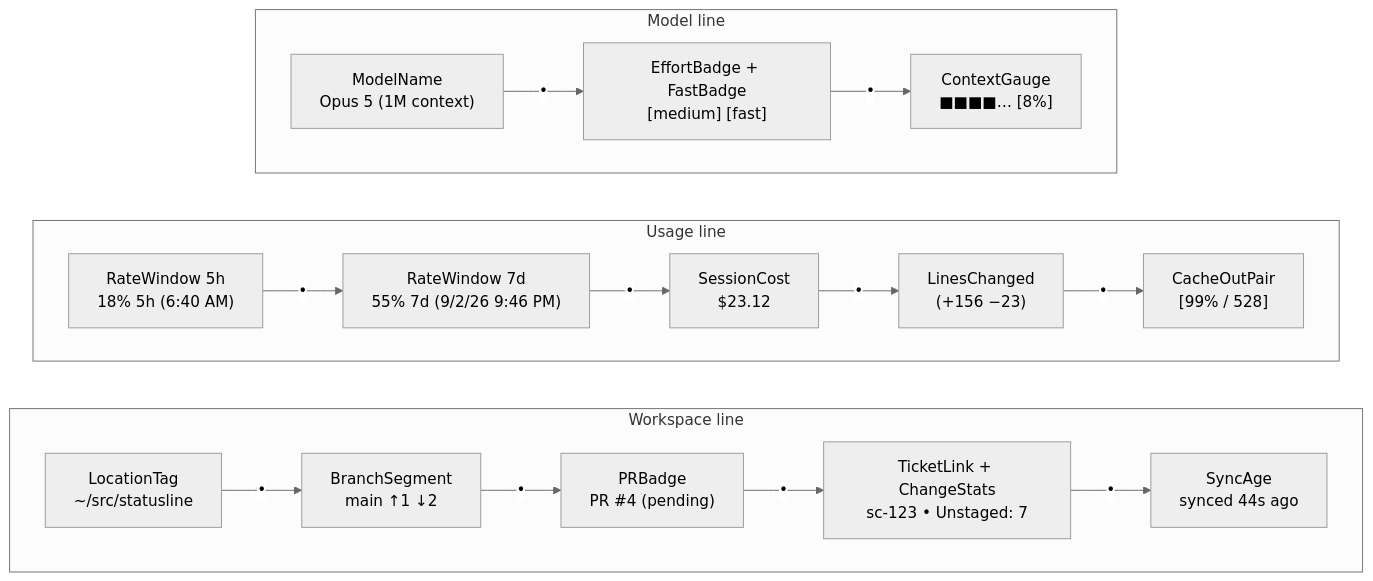
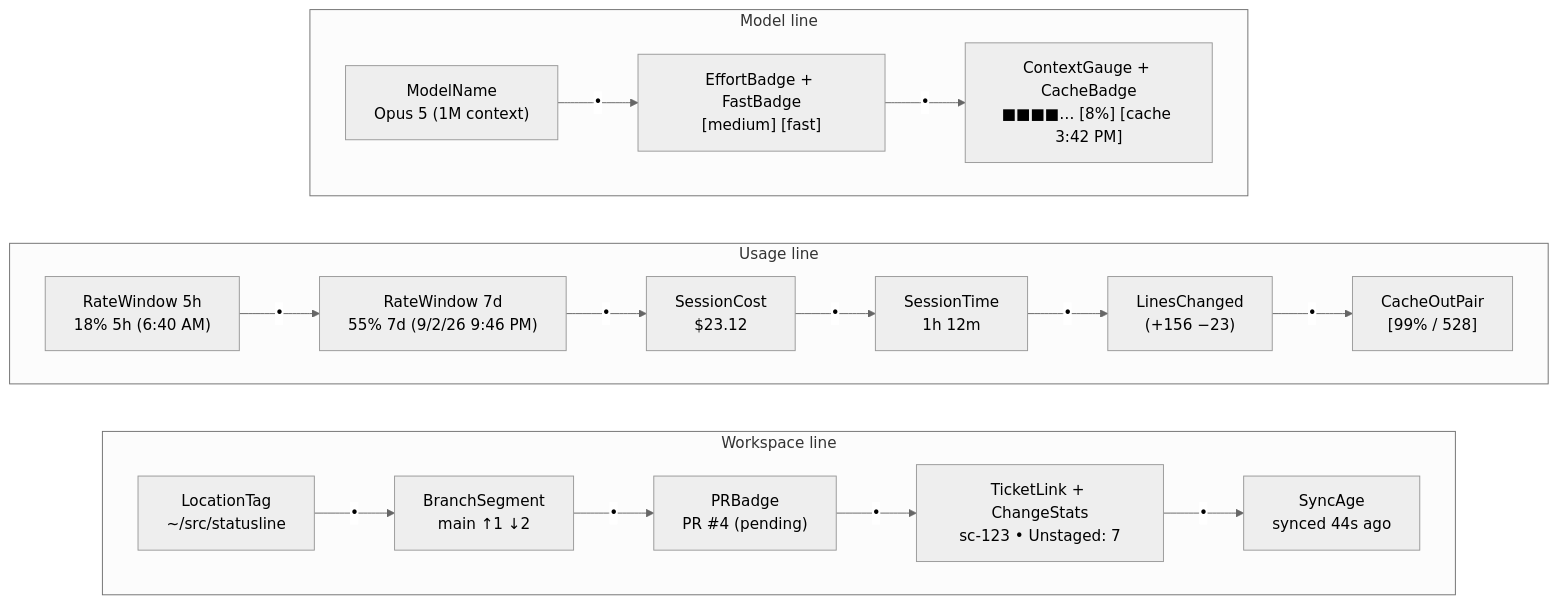
One commit to okize/statusline changed the diagram in README.md. Above: the diagram before and after it, drawn with Mermaid (neutral theme). The commit also changed other lines of this file and 11 other files, not shown here.

First line of the commit message:
feat: add prompt-cache badge and session-time segment

````diff
--- a/README.md
+++ b/README.md
@@ -34,19 +34,19 @@
 ```mermaid
 flowchart TB
     subgraph ModelLine["Model line"]
         direction LR
-        ModelName["ModelName<br/>Opus 5 (1M context)"] -- "•" --> EffortBadge["EffortBadge + FastBadge<br/>[medium] [fast]"] -- "•" --> ContextGauge["ContextGauge<br/>■■■■… [8%]"]
+        ModelName["ModelName<br/>Opus 5 (1M context)"] -- "•" --> EffortBadge["EffortBadge + FastBadge<br/>[medium] [fast]"] -- "•" --> ContextGauge["ContextGauge + CacheBadge<br/>■■■■… [8%] [cache 3:42 PM]"]
     end
 
     subgraph UsageLine["Usage line"]
         direction LR
-        RateWindow5["RateWindow 5h<br/>18% 5h (6:40 AM)"] -- "•" --> RateWindow7["RateWindow 7d<br/>55% 7d (9/2/26 9:46 PM)"] -- "•" --> SessionCost["SessionCost<br/>$23.12"] -- "•" --> LinesChanged["LinesChanged<br/>(+156 −23)"] -- "•" --> CacheOutPair["CacheOutPair<br/>[99% / 528]"]
+        RateWindow5["RateWindow 5h<br/>18% 5h (6:40 AM)"] -- "•" --> RateWindow7["RateWindow 7d<br/>55% 7d (9/2/26 9:46 PM)"] -- "•" --> SessionCost["SessionCost<br/>$23.12"] -- "•" --> SessionTime["SessionTime<br/>1h 12m"] -- "•" --> LinesChanged["LinesChanged<br/>(+156 −23)"] -- "•" --> CacheOutPair["CacheOutPair<br/>[99% / 528]"]
     end
 
     subgraph WorkspaceLine["Workspace line"]
         direction LR
         LocationTag["LocationTag<br/>~/src/statusline"] -- "•" --> BranchSegment["BranchSegment<br/>main ↑1 ↓2"] -- "•" --> PRBadge["PRBadge<br/>PR #4 (pending)"] -- "•" --> ChangeStats["TicketLink + ChangeStats<br/>sc-123 • Unstaged: 7"] -- "•" --> SyncAge["SyncAge<br/>synced 44s ago"]
     end
 
     ModelLine ~~~ UsageLine ~~~ WorkspaceLine
 ```
````
